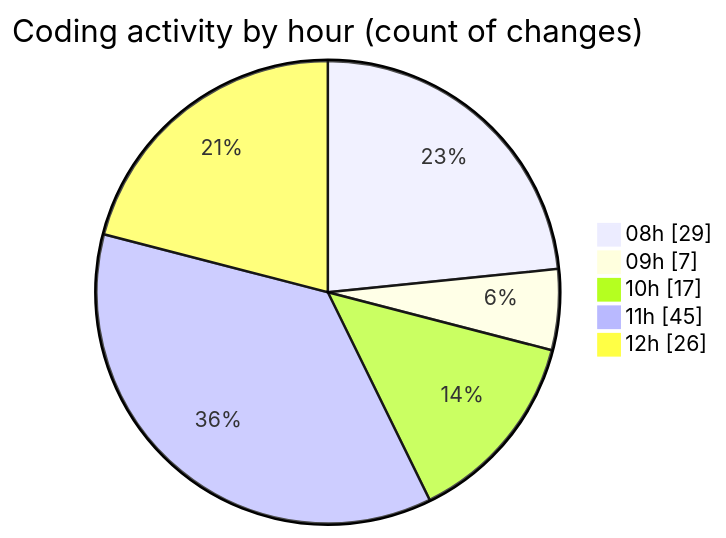
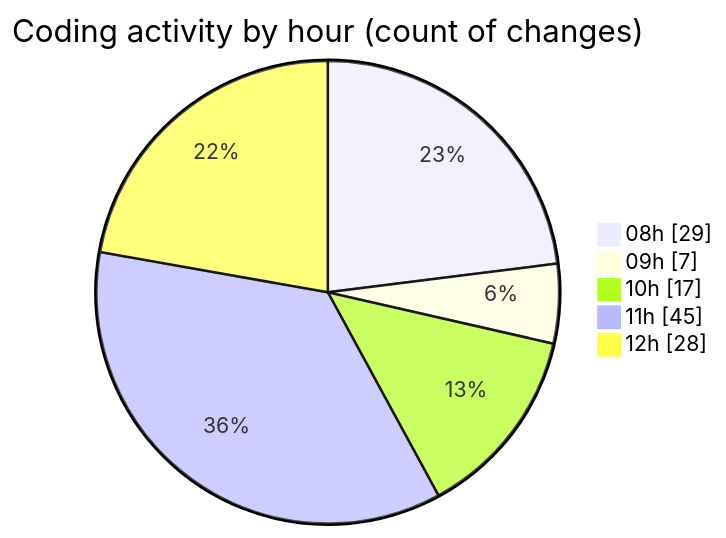
The second of 2 diagrams in 2025-04-09/cda/README.md (momahboobian/code-tracking), drawn with Mermaid before and after one commit. The commit also changed other lines of this file and 1 other file, not shown here.

````diff
--- a/2025-04-09/cda/README.md
+++ b/2025-04-09/cda/README.md
@@ -54,9 +54,9 @@
 ```mermaid
 pie showData
 title Coding activity by hour (count of changes)
 "08h" : 29
 "09h" : 7
 "10h" : 17
 "11h" : 45
-"12h" : 26
+"12h" : 28
 ```
````
